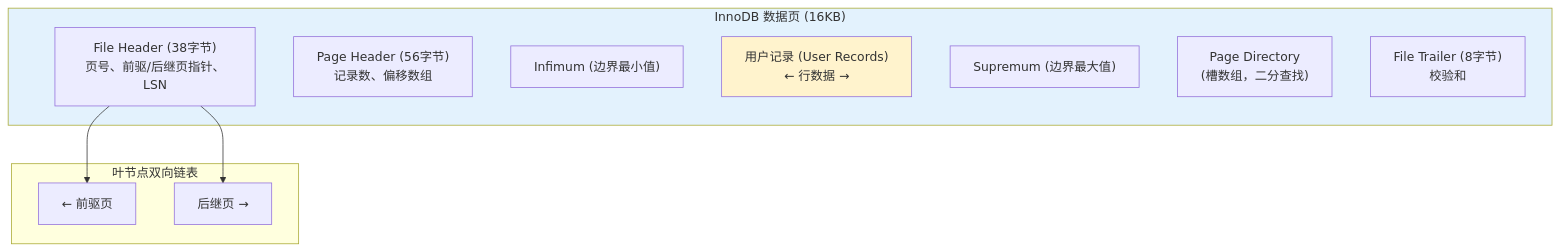
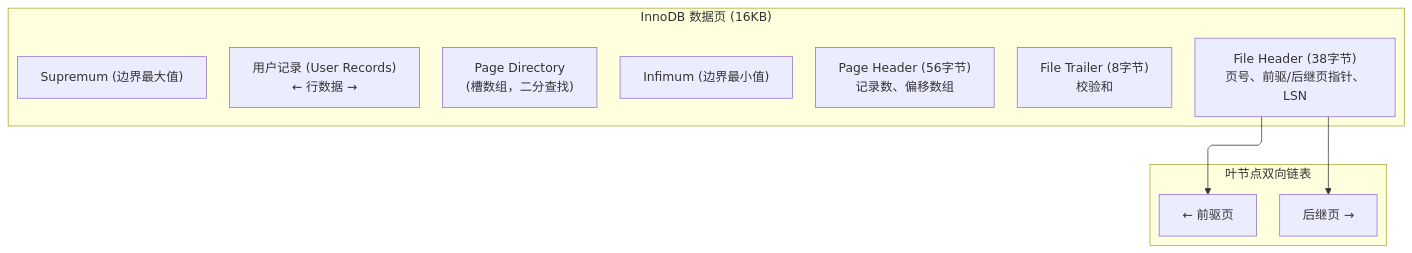
One commit to ziyan-cs/obsidian-coding-notes changed the diagram in 06-Database (MySQL)/02 · InnoDB存储引擎/04-InnoDB Storage Engine (InnoDB存储引擎) ⭐/04a-Page Structure & Buffer Pool (页结构与缓冲池).md. Above: the diagram before and after it, drawn with Mermaid. The commit also changed 37 other files, not shown here.

````diff
--- a/06-Database (MySQL)/02 · InnoDB存储引擎/04-InnoDB Storage Engine (InnoDB存储引擎) ⭐/04a-Page Structure & Buffer Pool (页结构与缓冲池).md
+++ b/06-Database (MySQL)/02 · InnoDB存储引擎/04-InnoDB Storage Engine (InnoDB存储引擎) ⭐/04a-Page Structure & Buffer Pool (页结构与缓冲池).md
@@ -13,19 +13,19 @@
 ```mermaid
+%%{init: {"flowchart": {"defaultRenderer": "elk", "curve": "monotoneX"}} }%%
 graph TD
     subgraph Page["InnoDB 数据页 (16KB)"]
         HEADER["File Header (38字节)<br/>页号、前驱/后继页指针、LSN"]
         SYS["Page Header (56字节)<br/>记录数、偏移数组"]
         INFIMUM["Infimum (边界最小值)"]
         RECORDS["用户记录 (User Records)<br/>← 行数据 →"]
         SUPREMUM["Supremum (边界最大值)"]
         DIR["Page Directory<br/>(槽数组，二分查找)"]
         TRAILER["File Trailer (8字节)<br/>校验和"]
     end
     subgraph LR2["叶节点双向链表"]
         PREV["← 前驱页"]
         NEXT["后继页 →"]
     end
-    HEADER --> PREV & NEXT
-    style Page fill:#e3f2fd
-    style RECORDS fill:#fff3cd
+    HEADER --> PREV
+    HEADER --> NEXT
 ```
````
